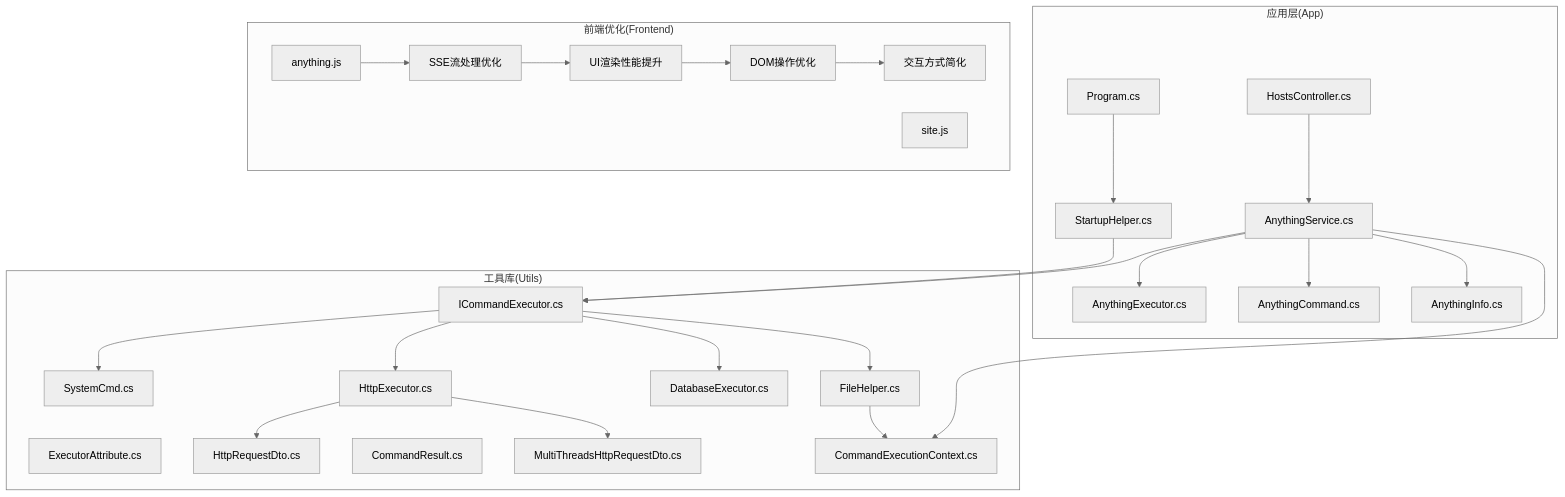
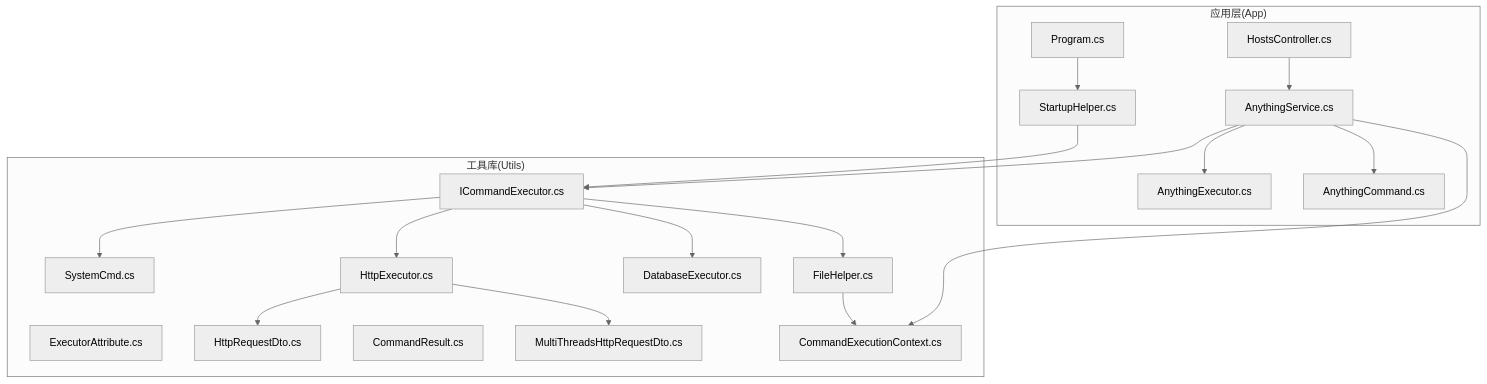
Before and after one commit to Sosososolong/AirGo: the first of 10 diagrams in .qoder/repowiki/zh/content/远程主机管理模块/命令执行器系统.md, drawn with Mermaid (neutral theme). The commit also changed other lines of this file and 6 other files, not shown here.

````diff
--- a/.qoder/repowiki/zh/content/远程主机管理模块/命令执行器系统.md
+++ b/.qoder/repowiki/zh/content/远程主机管理模块/命令执行器系统.md
@@ -55,51 +51,37 @@
 ```mermaid
 graph TB
 subgraph "应用层(App)"
 PC["Program.cs"]
 SH["StartupHelper.cs"]
 HC["HostsController.cs"]
 AS["AnythingService.cs"]
 AE["AnythingExecutor.cs"]
 AC["AnythingCommand.cs"]
-AI["AnythingInfo.cs"]
 end
 subgraph "工具库(Utils)"
 IEC["ICommandExecutor.cs"]
 EXA["ExecutorAttribute.cs"]
 SYS["SystemCmd.cs"]
 HTTP["HttpExecutor.cs"]
 DBE["DatabaseExecutor.cs"]
 FHE["FileHelper.cs"]
 CEC["CommandExecutionContext.cs"]
 CR["CommandResult.cs"]
 HREQ["HttpRequestDto.cs"]
 MREQ["MultiThreadsHttpRequestDto.cs"]
 end
-subgraph "前端优化(Frontend)"
-AJAX["anything.js"]
-SITE["site.js"]
-SSE["SSE流处理优化"]
-PERF["UI渲染性能提升"]
-DOM["DOM操作优化"]
-INTERACT["交互方式简化"]
-end
 PC --> SH
 SH --> IEC
 IEC --> SYS
 IEC --> HTTP
 IEC --> DBE
 IEC --> FHE
 AS --> IEC
 AS --> AE
 AS --> AC
-AS --> AI
 AS --> CEC
 HC --> AS
 HTTP --> HREQ
 HTTP --> MREQ
 FHE --> CEC
-AJAX --> SSE
-SSE --> PERF
-PERF --> DOM
-DOM --> INTERACT
 ```
````
